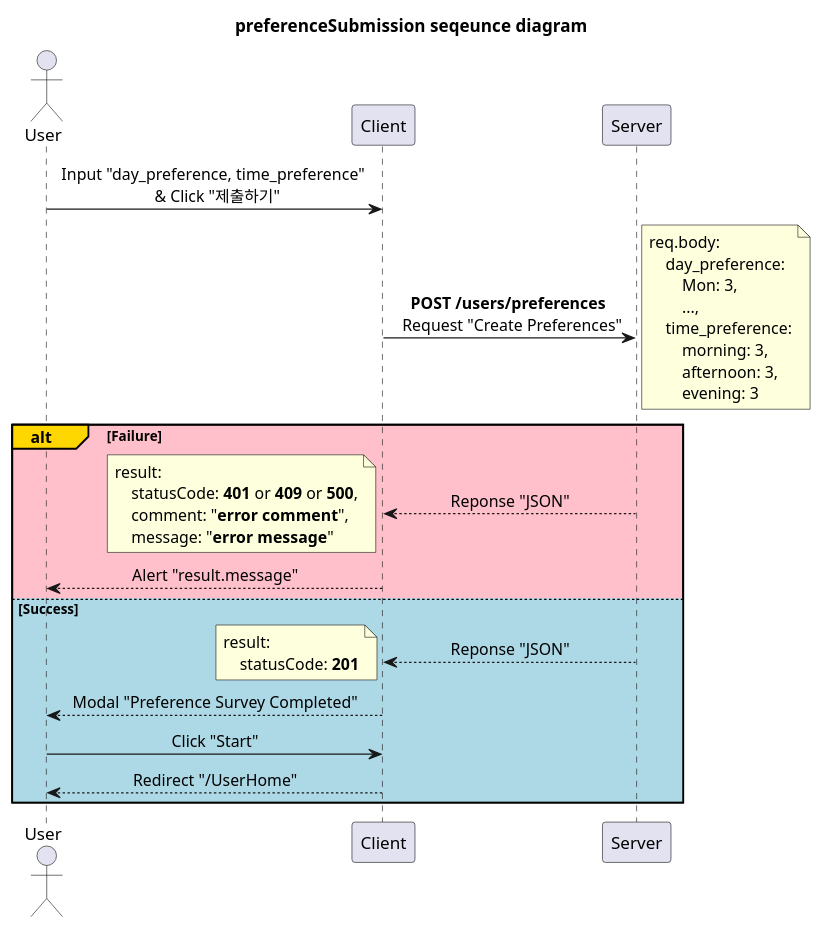
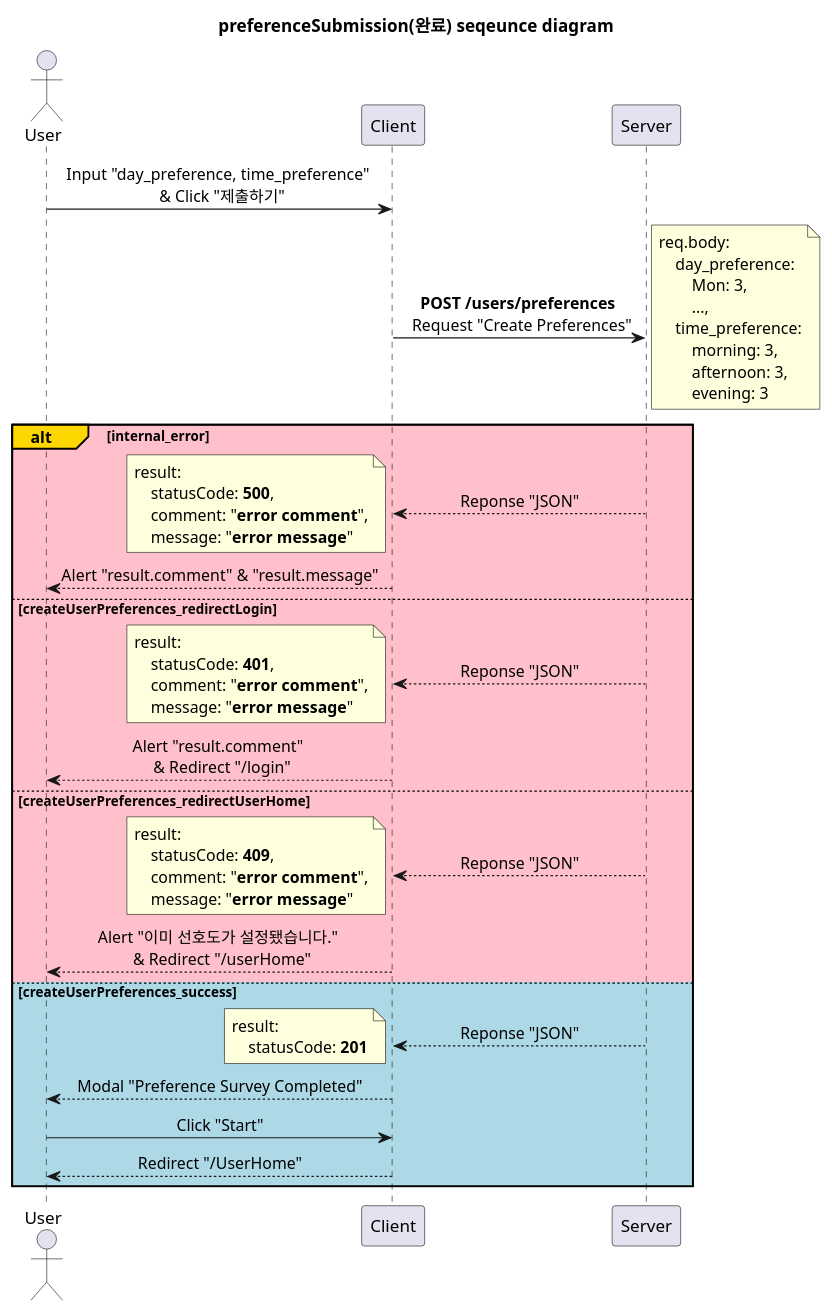
The diagram in diagram/initSetting_page/preferenceSubmission.puml (devSeungBin/SSCS), drawn with PlantUML before and after one commit. The commit also changed 14 other files, not shown here.

```diff
--- a/diagram/initSetting_page/preferenceSubmission.puml
+++ b/diagram/initSetting_page/preferenceSubmission.puml
@@ -1,48 +1,68 @@
-@startuml preferenceSubmission
+@startuml preferenceSubmission(완료)
 'http://localhost:3000/initSetting
 
-title preferenceSubmission seqeunce diagram
+title preferenceSubmission(완료) seqeunce diagram
 
 skinparam SequenceMessageAlignment center
 
 participant Server order 30
 participant Client order 20
 actor User order 10
 
 User -> Client: Input "day_preference, time_preference" \n & Click "제출하기"
 
 Client -> Server: **POST /users/preferences** \n Request "Create Preferences"
 note right
     req.body:
         day_preference:
             Mon: 3,
             ...,
         time_preference:
             morning: 3,
             afternoon: 3,
             evening: 3
 end note
 
-alt#Gold #Pink Failure
+alt#Gold #Pink internal_error
     Client <-- Server: Reponse "JSON"
     note left
         result:
-            statusCode: **401** or **409** or **500**,
+            statusCode: **500**,
             comment: "**error comment**",
             message: "**error message**"
     end note
-    User <-- Client: Alert "result.message"
+    User <-- Client: Alert "result.comment" & "result.message"
 
-else #LightBlue Success
+else #Pink createUserPreferences_redirectLogin
+    Client <-- Server: Reponse "JSON"
+    note left
+        result:
+            statusCode: **401**,
+            comment: "**error comment**",
+            message: "**error message**"
+    end note
+    User <-- Client: Alert "result.comment" \n & Redirect "/login"
+
+else #Pink createUserPreferences_redirectUserHome
+    Client <-- Server: Reponse "JSON"
+    note left
+        result:
+            statusCode: **409**,
+            comment: "**error comment**",
+            message: "**error message**"
+    end note
+    User <-- Client: Alert "이미 선호도가 설정됐습니다." \n & Redirect "/userHome"
+
+else #LightBlue createUserPreferences_success
     Client <-- Server: Reponse "JSON"
     note left
         result:
             statusCode: **201**
     end note
     User <-- Client: Modal "Preference Survey Completed"
     User -> Client: Click "Start"
     User <-- Client: Redirect "/UserHome"
 
 end
 
 @enduml
```
